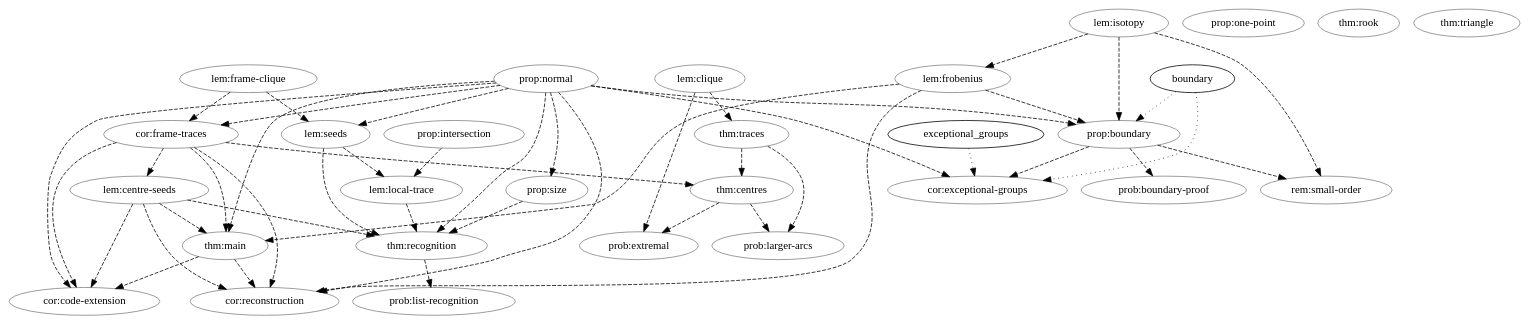
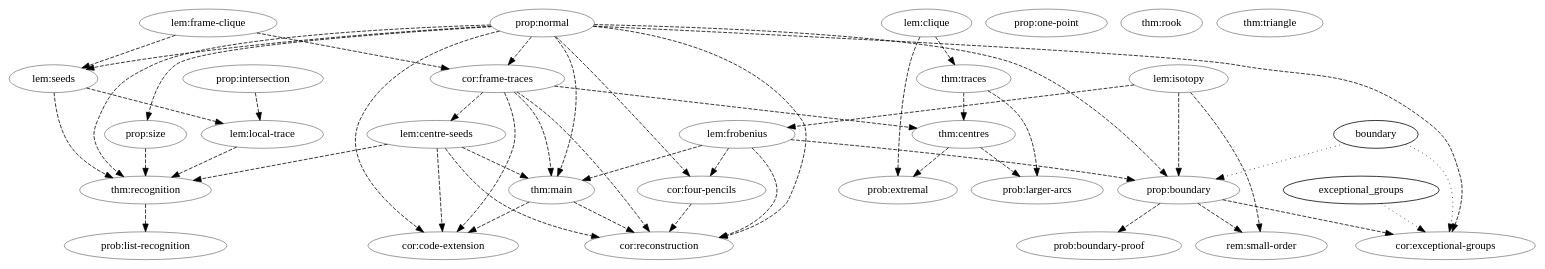
Before and after one commit to tavisrudd/continuation-graph-rigidity: the diagram in verification/dependency-graph.dot, drawn with Graphviz. The commit also changed 7 other files, not shown here.

```diff
--- a/verification/dependency-graph.dot
+++ b/verification/dependency-graph.dot
@@ -1,75 +1,79 @@
 digraph claims {
   "cor:code-extension" [color="gray"];
   "thm:main" -> "cor:code-extension" [style=dashed];
   "prop:normal" -> "cor:code-extension" [style=dashed];
   "cor:frame-traces" -> "cor:code-extension" [style=dashed];
   "lem:centre-seeds" -> "cor:code-extension" [style=dashed];
   "cor:exceptional-groups" [color="gray"];
   "prop:boundary" -> "cor:exceptional-groups" [style=dashed];
   "prop:normal" -> "cor:exceptional-groups" [style=dashed];
   "boundary" -> "cor:exceptional-groups" [style=dotted];
   "exceptional_groups" -> "cor:exceptional-groups" [style=dotted];
+  "cor:four-pencils" [color="gray"];
+  "prop:normal" -> "cor:four-pencils" [style=dashed];
+  "lem:frobenius" -> "cor:four-pencils" [style=dashed];
   "cor:frame-traces" [color="gray"];
   "lem:frame-clique" -> "cor:frame-traces" [style=dashed];
   "prop:normal" -> "cor:frame-traces" [style=dashed];
   "cor:reconstruction" [color="gray"];
   "thm:main" -> "cor:reconstruction" [style=dashed];
   "prop:normal" -> "cor:reconstruction" [style=dashed];
   "cor:frame-traces" -> "cor:reconstruction" [style=dashed];
   "lem:centre-seeds" -> "cor:reconstruction" [style=dashed];
   "lem:frobenius" -> "cor:reconstruction" [style=dashed];
+  "cor:four-pencils" -> "cor:reconstruction" [style=dashed];
   "lem:centre-seeds" [color="gray"];
   "cor:frame-traces" -> "lem:centre-seeds" [style=dashed];
   "lem:clique" [color="gray"];
   "lem:frame-clique" [color="gray"];
   "lem:frobenius" [color="gray"];
   "lem:isotopy" -> "lem:frobenius" [style=dashed];
   "lem:isotopy" [color="gray"];
   "lem:local-trace" [color="gray"];
   "lem:seeds" -> "lem:local-trace" [style=dashed];
   "prop:intersection" -> "lem:local-trace" [style=dashed];
   "lem:seeds" [color="gray"];
   "prop:normal" -> "lem:seeds" [style=dashed];
   "lem:frame-clique" -> "lem:seeds" [style=dashed];
   "prob:boundary-proof" [color="gray"];
   "prop:boundary" -> "prob:boundary-proof" [style=dashed];
   "prob:extremal" [color="gray"];
   "lem:clique" -> "prob:extremal" [style=dashed];
   "thm:centres" -> "prob:extremal" [style=dashed];
   "prob:larger-arcs" [color="gray"];
   "thm:traces" -> "prob:larger-arcs" [style=dashed];
   "thm:centres" -> "prob:larger-arcs" [style=dashed];
   "prob:list-recognition" [color="gray"];
   "thm:recognition" -> "prob:list-recognition" [style=dashed];
   "prop:boundary" [color="gray"];
   "prop:normal" -> "prop:boundary" [style=dashed];
   "lem:isotopy" -> "prop:boundary" [style=dashed];
   "lem:frobenius" -> "prop:boundary" [style=dashed];
   "boundary" -> "prop:boundary" [style=dotted];
   "prop:intersection" [color="gray"];
   "prop:normal" [color="gray"];
   "prop:one-point" [color="gray"];
   "prop:size" [color="gray"];
   "prop:normal" -> "prop:size" [style=dashed];
   "rem:small-order" [color="gray"];
   "prop:boundary" -> "rem:small-order" [style=dashed];
   "lem:isotopy" -> "rem:small-order" [style=dashed];
   "thm:centres" [color="gray"];
   "cor:frame-traces" -> "thm:centres" [style=dashed];
   "thm:traces" -> "thm:centres" [style=dashed];
   "thm:main" [color="gray"];
   "cor:frame-traces" -> "thm:main" [style=dashed];
   "lem:centre-seeds" -> "thm:main" [style=dashed];
   "prop:normal" -> "thm:main" [style=dashed];
   "lem:frobenius" -> "thm:main" [style=dashed];
   "thm:recognition" [color="gray"];
   "lem:seeds" -> "thm:recognition" [style=dashed];
   "lem:local-trace" -> "thm:recognition" [style=dashed];
   "lem:centre-seeds" -> "thm:recognition" [style=dashed];
   "prop:normal" -> "thm:recognition" [style=dashed];
   "prop:size" -> "thm:recognition" [style=dashed];
   "thm:rook" [color="gray"];
   "thm:traces" [color="gray"];
   "lem:clique" -> "thm:traces" [style=dashed];
   "thm:triangle" [color="gray"];
 }
```
